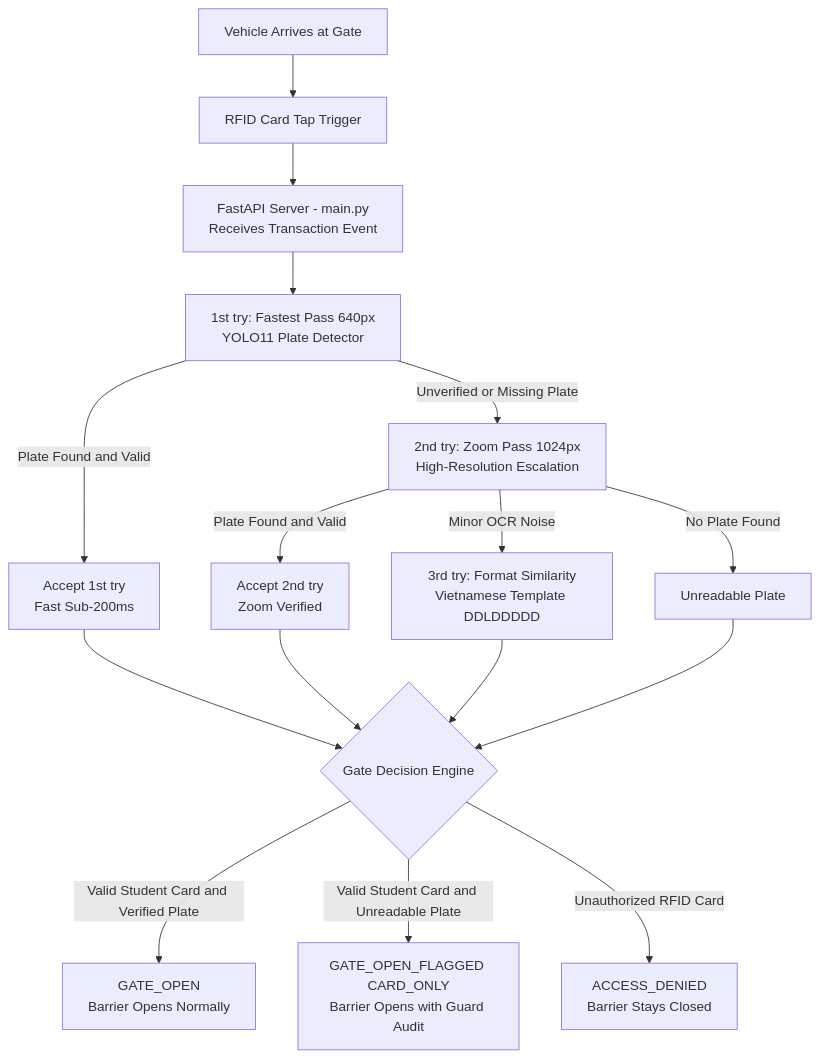
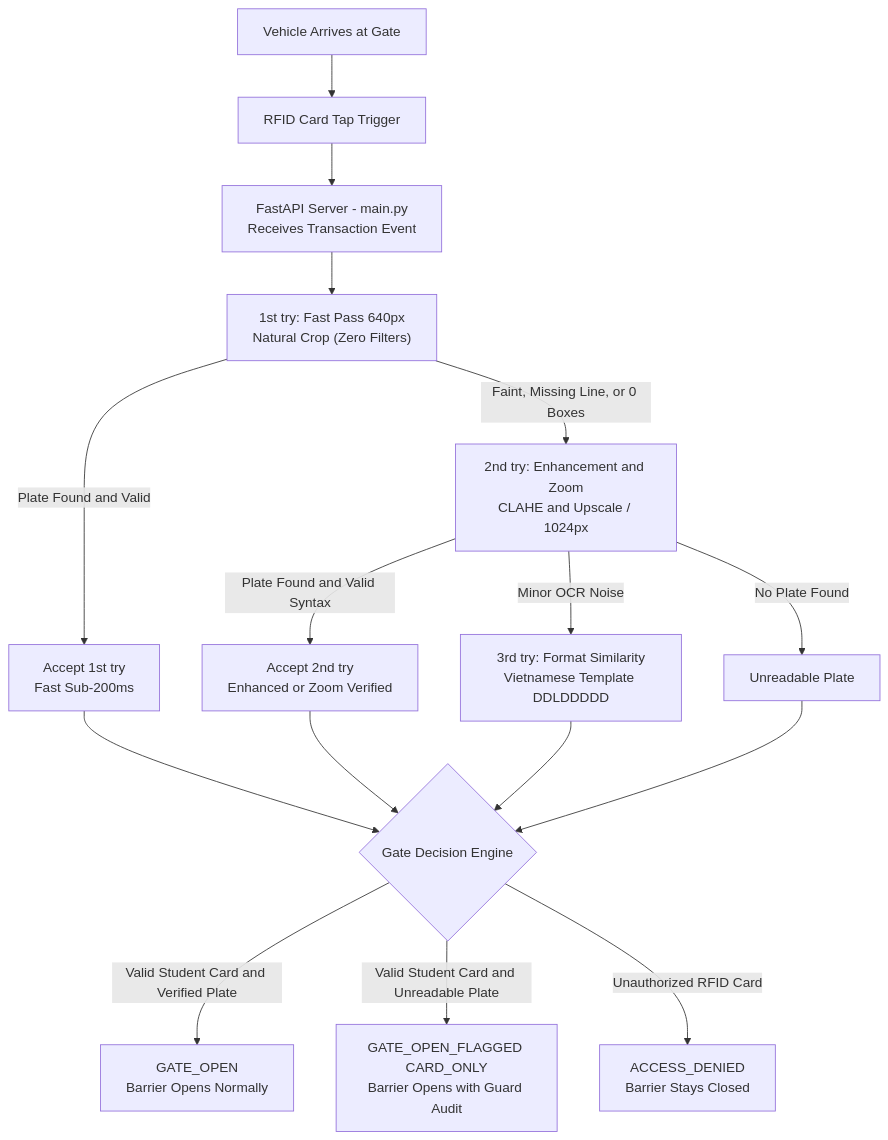
Before and after one commit to angweij1431/EIU_Licenseplatedetector: the first of 2 diagrams in README.md, drawn with Mermaid. The commit also changed 1 other file, not shown here.

Commit message:
fixed logical error to optimise 1st tyr

````diff
--- a/README.md
+++ b/README.md
@@ -23,22 +23,22 @@
 ```mermaid
 flowchart TD
     A["Vehicle Arrives at Gate"] --> B["RFID Card Tap Trigger"]
     B --> C["FastAPI Server - main.py<br/>Receives Transaction Event"]
-    C --> D["1st try: Fastest Pass 640px<br/>YOLO11 Plate Detector"]
+    C --> D["1st try: Fast Pass 640px<br/>Natural Crop (Zero Filters)"]
     
     D -->|"Plate Found and Valid"| G["Accept 1st try<br/>Fast Sub-200ms"]
-    D -->|"Unverified or Missing Plate"| E["2nd try: Zoom Pass 1024px<br/>High-Resolution Escalation"]
+    D -->|"Faint, Missing Line, or 0 Boxes"| E["2nd try: Enhancement and Zoom<br/>CLAHE and Upscale / 1024px"]
     
-    E -->|"Plate Found and Valid"| H["Accept 2nd try<br/>Zoom Verified"]
+    E -->|"Plate Found and Valid Syntax"| H["Accept 2nd try<br/>Enhanced or Zoom Verified"]
     E -->|"Minor OCR Noise"| I["3rd try: Format Similarity<br/>Vietnamese Template DDLDDDDD"]
     E -->|"No Plate Found"| J["Unreadable Plate"]
     
     G --> K{"Gate Decision Engine"}
     H --> K
     I --> K
     J --> K
     
     K -->|"Valid Student Card and Verified Plate"| L["GATE_OPEN<br/>Barrier Opens Normally"]
     K -->|"Valid Student Card and Unreadable Plate"| M["GATE_OPEN_FLAGGED CARD_ONLY<br/>Barrier Opens with Guard Audit"]
     K -->|"Unauthorized RFID Card"| N["ACCESS_DENIED<br/>Barrier Stays Closed"]
 ```
````
